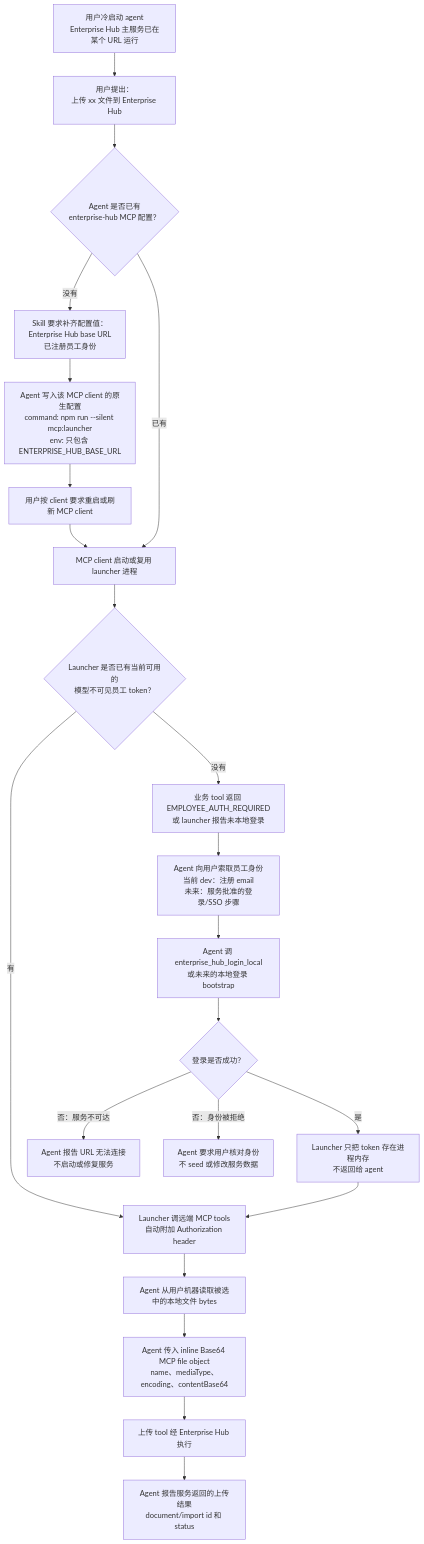
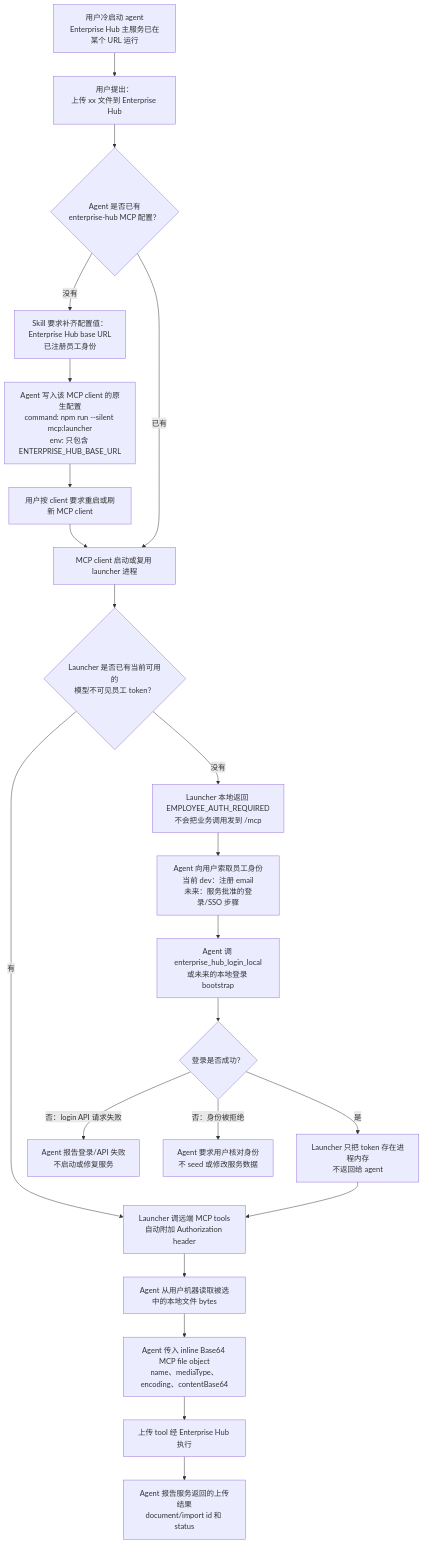
The second of 5 diagrams in docs/implementation/mcp-user-flow.zh.md (YinXiaoyu-1998/SME_DATA_CENTER), drawn with Mermaid before and after one commit. The commit also changed other lines of this file and 3 other files, not shown here.

Commit message:
docs: align MCP user flow with implementation

````diff
--- a/docs/implementation/mcp-user-flow.zh.md
+++ b/docs/implementation/mcp-user-flow.zh.md
@@ -68,24 +72,24 @@
 ```mermaid
 flowchart TD
   A["用户冷启动 agent<br/>Enterprise Hub 主服务已在某个 URL 运行"] --> B["用户提出：<br/>上传 xx 文件到 Enterprise Hub"]
   B --> C{"Agent 是否已有<br/>enterprise-hub MCP 配置？"}
   C -->|"没有"| D["Skill 要求补齐配置值：<br/>Enterprise Hub base URL<br/>已注册员工身份"]
   D --> E["Agent 写入该 MCP client 的原生配置<br/>command: npm run --silent mcp:launcher<br/>env: 只包含 ENTERPRISE_HUB_BASE_URL"]
   E --> F["用户按 client 要求重启或刷新 MCP client"]
   C -->|"已有"| G["MCP client 启动或复用 launcher 进程"]
   F --> G
   G --> H{"Launcher 是否已有当前可用的<br/>模型不可见员工 token？"}
   H -->|"有"| I["Launcher 调远端 MCP tools<br/>自动附加 Authorization header"]
-  H -->|"没有"| J["业务 tool 返回 EMPLOYEE_AUTH_REQUIRED<br/>或 launcher 报告未本地登录"]
+  H -->|"没有"| J["Launcher 本地返回 EMPLOYEE_AUTH_REQUIRED<br/>不会把业务调用发到 /mcp"]
   J --> K["Agent 向用户索取员工身份<br/>当前 dev：注册 email<br/>未来：服务批准的登录/SSO 步骤"]
   K --> L["Agent 调 enterprise_hub_login_local<br/>或未来的本地登录 bootstrap"]
   L --> M{"登录是否成功？"}
-  M -->|"否：服务不可达"| N["Agent 报告 URL 无法连接<br/>不启动或修复服务"]
+  M -->|"否：login API 请求失败"| N["Agent 报告登录/API 失败<br/>不启动或修复服务"]
   M -->|"否：身份被拒绝"| O["Agent 要求用户核对身份<br/>不 seed 或修改服务数据"]
   M -->|"是"| P["Launcher 只把 token 存在进程内存<br/>不返回给 agent"]
   P --> I
   I --> Q["Agent 从用户机器读取被选中的本地文件 bytes"]
   Q --> R["Agent 传入 inline Base64 MCP file object<br/>name、mediaType、encoding、contentBase64"]
   R --> S["上传 tool 经 Enterprise Hub 执行"]
   S --> T["Agent 报告服务返回的上传结果<br/>document/import id 和 status"]
 ```
````
